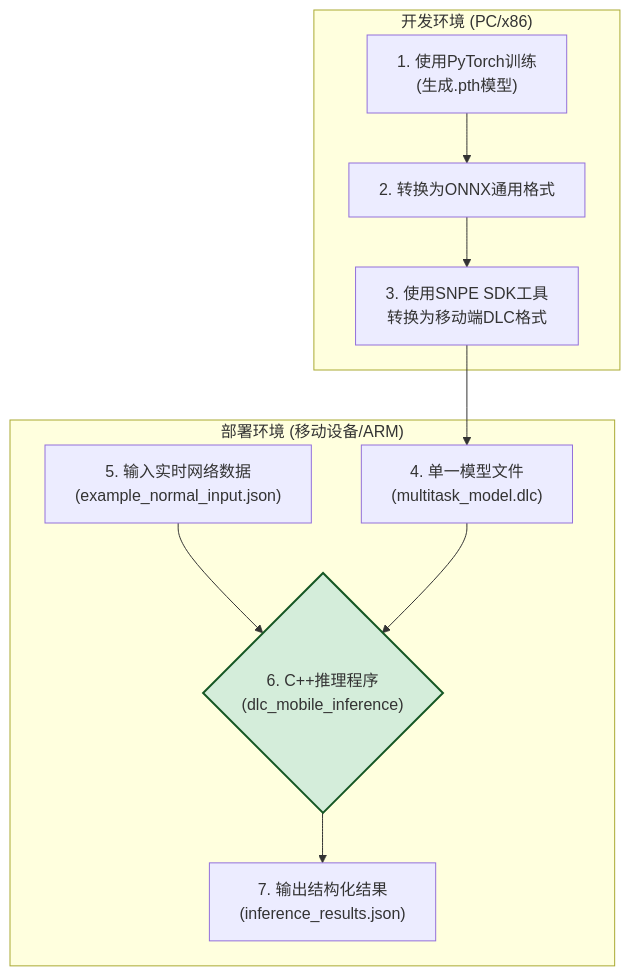
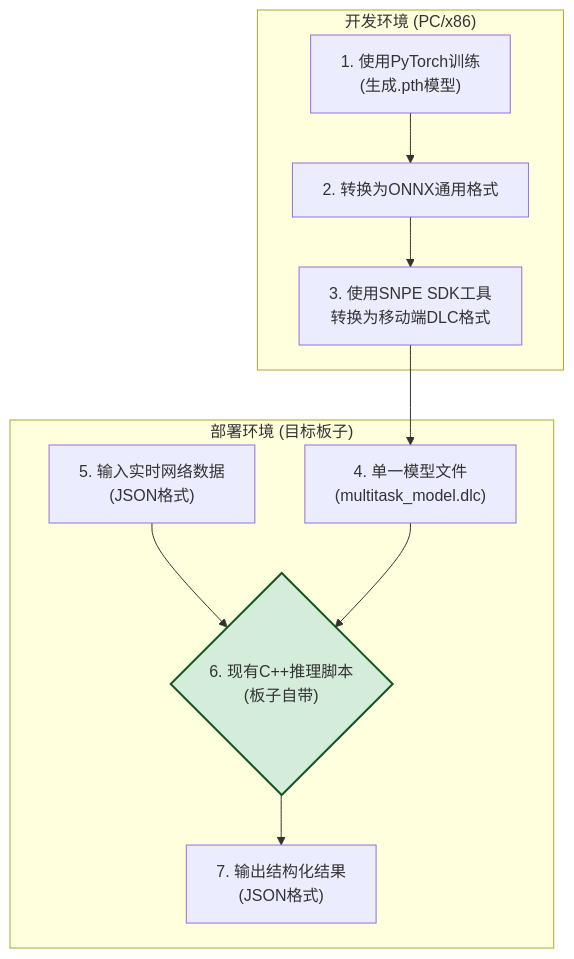
One commit to zhangyao23/-1 changed the first of 2 diagrams in 项目汇报内容大纲.md. Above: the diagram before and after it, drawn with Mermaid. The commit also changed other lines of this file and 8 other files, not shown here.

````diff
--- a/项目汇报内容大纲.md
+++ b/项目汇报内容大纲.md
@@ -65,17 +65,17 @@
 ```mermaid
 graph TD
     subgraph "开发环境 (PC/x86)"
         Train["1. 使用PyTorch训练<br/>(生成.pth模型)"] --> Onnx["2. 转换为ONNX通用格式"];
         Onnx --> Convert["3. 使用SNPE SDK工具<br/>转换为移动端DLC格式"];
     end
   
-    subgraph "部署环境 (移动设备/ARM)"
-        Input["5. 输入实时网络数据<br/>(example_normal_input.json)"] --> CPP;
-        Model["4. 单一模型文件<br/>(multitask_model.dlc)"] --> CPP{"6. C++推理程序<br/>(dlc_mobile_inference)"};
-        CPP --> Output["7. 输出结构化结果<br/>(inference_results.json)"];
+    subgraph "部署环境 (目标板子)"
+        Input["5. 输入实时网络数据<br/>(JSON格式)"] --> ExistingCPP;
+        Model["4. 单一模型文件<br/>(multitask_model.dlc)"] --> ExistingCPP{"6. 现有C++推理脚本<br/>(板子自带)"};
+        ExistingCPP --> Output["7. 输出结构化结果<br/>(JSON格式)"];
     end
 
     Convert --> Model;
 
-    style CPP fill:#d4edda,stroke:#155724,stroke-width:2px
+    style ExistingCPP fill:#d4edda,stroke:#155724,stroke-width:2px
 ```
````
